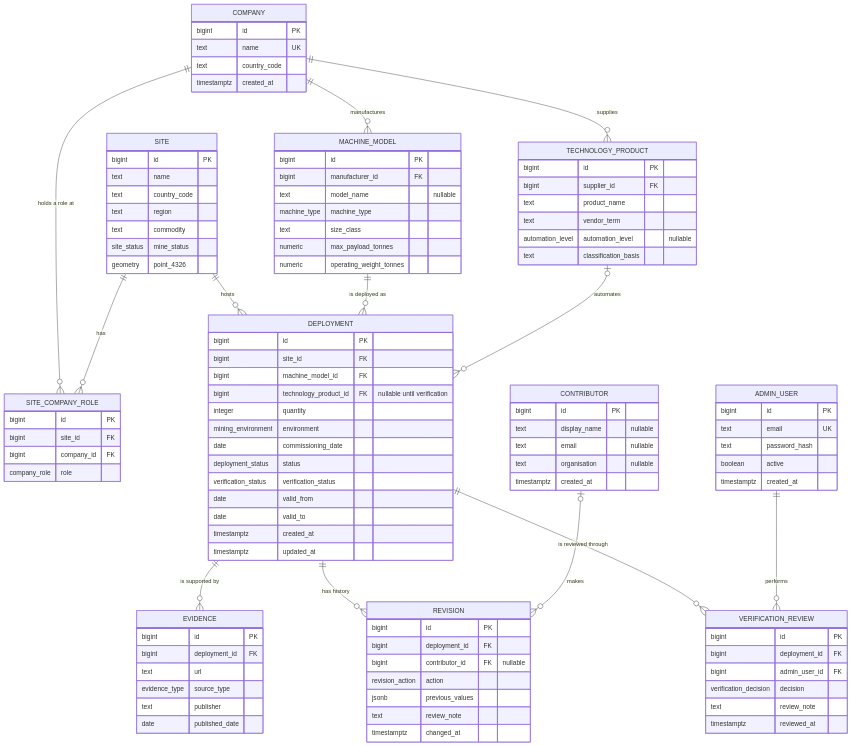
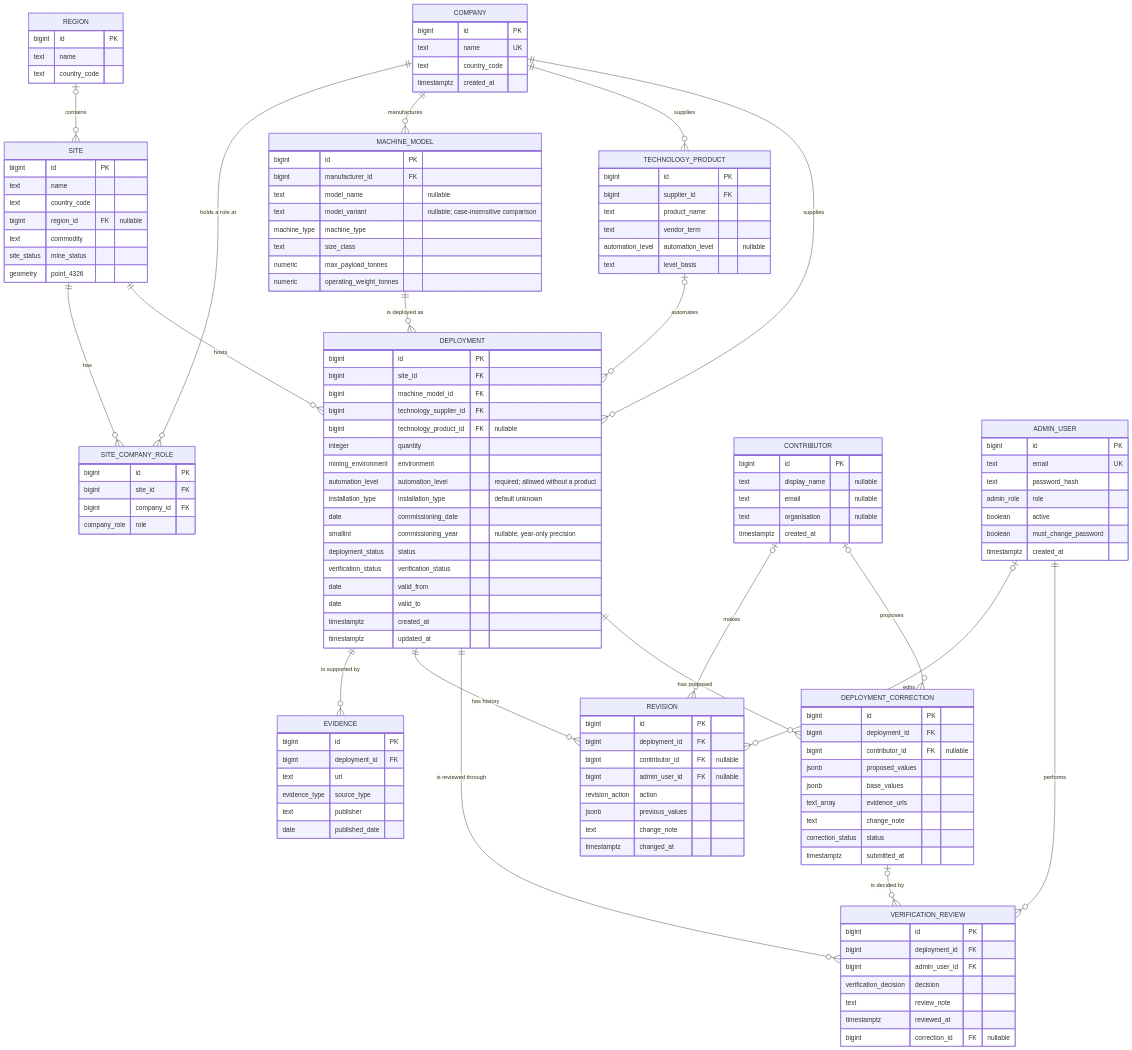
The diagram in docs/database/ERD.md (zinken7/capstone-group-5), drawn with Mermaid before and after one commit. The commit also changed other lines of this file, not shown here.

First line of the commit message:
Revise ERD to align with SRS v0.6 updates

````diff
--- a/docs/database/ERD.md
+++ b/docs/database/ERD.md
@@ -17,17 +22,23 @@
 ```mermaid
 erDiagram
     COMPANY ||--o{ SITE_COMPANY_ROLE : "holds a role at"
+    REGION o|--o{ SITE : contains
     SITE ||--o{ SITE_COMPANY_ROLE : "has"
     COMPANY ||--o{ MACHINE_MODEL : manufactures
     COMPANY ||--o{ TECHNOLOGY_PRODUCT : supplies
+    COMPANY ||--o{ DEPLOYMENT : supplies
     SITE ||--o{ DEPLOYMENT : hosts
     MACHINE_MODEL ||--o{ DEPLOYMENT : "is deployed as"
     TECHNOLOGY_PRODUCT o|--o{ DEPLOYMENT : "automates"
     DEPLOYMENT ||--o{ EVIDENCE : "is supported by"
     DEPLOYMENT ||--o{ REVISION : "has history"
     CONTRIBUTOR o|--o{ REVISION : makes
+    ADMIN_USER o|--o{ REVISION : edits
     DEPLOYMENT ||--o{ VERIFICATION_REVIEW : "is reviewed through"
     ADMIN_USER ||--o{ VERIFICATION_REVIEW : performs
+    DEPLOYMENT ||--o{ DEPLOYMENT_CORRECTION : "has proposed"
+    CONTRIBUTOR o|--o{ DEPLOYMENT_CORRECTION : proposes
+    DEPLOYMENT_CORRECTION o|--o{ VERIFICATION_REVIEW : "is decided by"
 
     COMPANY {
         bigint id PK
@@ -35,11 +46,16 @@
         text country_code
         timestamptz created_at
     }
+    REGION {
+        bigint id PK
+        text name
+        text country_code
+    }
     SITE {
         bigint id PK
         text name
         text country_code
-        text region
+        bigint region_id FK "nullable"
         text commodity
         site_status mine_status
         geometry point_4326
@@ -54,6 +70,7 @@
         bigint id PK
         bigint manufacturer_id FK
         text model_name "nullable"
+        text model_variant "nullable; case-insensitive comparison"
         machine_type machine_type
         text size_class
         numeric max_payload_tonnes
@@ -65,16 +82,20 @@
         text product_name
         text vendor_term
         automation_level automation_level "nullable"
-        text classification_basis
+        text level_basis
     }
     DEPLOYMENT {
         bigint id PK
         bigint site_id FK
         bigint machine_model_id FK
-        bigint technology_product_id FK "nullable until verification"
+        bigint technology_supplier_id FK
+        bigint technology_product_id FK "nullable"
         integer quantity
         mining_environment environment
+        automation_level automation_level "required; allowed without a product"
+        installation_type installation_type "default unknown"
         date commissioning_date
+        smallint commissioning_year "nullable; year-only precision"
         deployment_status status
         verification_status verification_status
         date valid_from
@@ -101,7 +122,9 @@
         bigint id PK
         text email UK
         text password_hash
+        admin_role role
         boolean active
+        boolean must_change_password
         timestamptz created_at
     }
     VERIFICATION_REVIEW {
@@ -111,14 +134,28 @@
         verification_decision decision
         text review_note
         timestamptz reviewed_at
+        bigint correction_id FK "nullable"
+    }
+    DEPLOYMENT_CORRECTION {
+        bigint id PK
+        bigint deployment_id FK
+        bigint contributor_id FK "nullable"
+        jsonb proposed_values
+        jsonb base_values
+        text_array evidence_urls
+        text change_note
+        correction_status status
+        timestamptz submitted_at
     }
     REVISION {
         bigint id PK
         bigint deployment_id FK
         bigint contributor_id FK "nullable"
+        bigint admin_user_id FK "nullable"
         revision_action action
         jsonb previous_values
-        text review_note
+        text change_note
         timestamptz changed_at
     }
+
 ```
````
